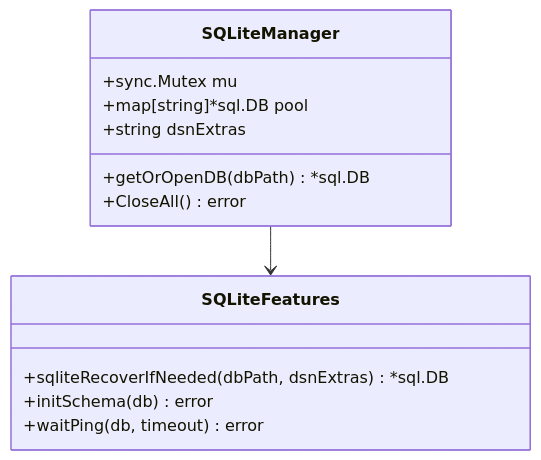
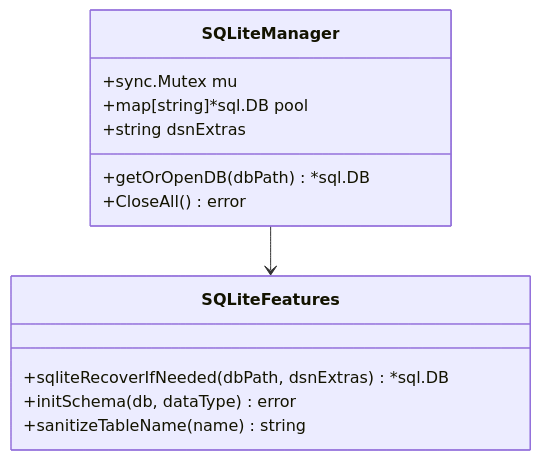
One commit to vistone/crawler-platform changed the fifth of 13 diagrams in .qoder/repowiki/zh/content/核心功能/存储架构.md. Above: the diagram before and after it, drawn with Mermaid. The commit also changed other lines of this file and 40 other files, not shown here.

````diff
--- a/.qoder/repowiki/zh/content/核心功能/存储架构.md
+++ b/.qoder/repowiki/zh/content/核心功能/存储架构.md
@@ -136,16 +196,16 @@
 ```mermaid
 classDiagram
 class SQLiteManager {
 +sync.Mutex mu
 +map[string]*sql.DB pool
 +string dsnExtras
 +getOrOpenDB(dbPath) *sql.DB
 +CloseAll() error
 }
 class SQLiteFeatures {
 +sqliteRecoverIfNeeded(dbPath, dsnExtras) *sql.DB
-+initSchema(db) error
-+waitPing(db, timeout) error
++initSchema(db, dataType) error
++sanitizeTableName(name) string
 }
 SQLiteManager --> SQLiteFeatures
 ```
````
